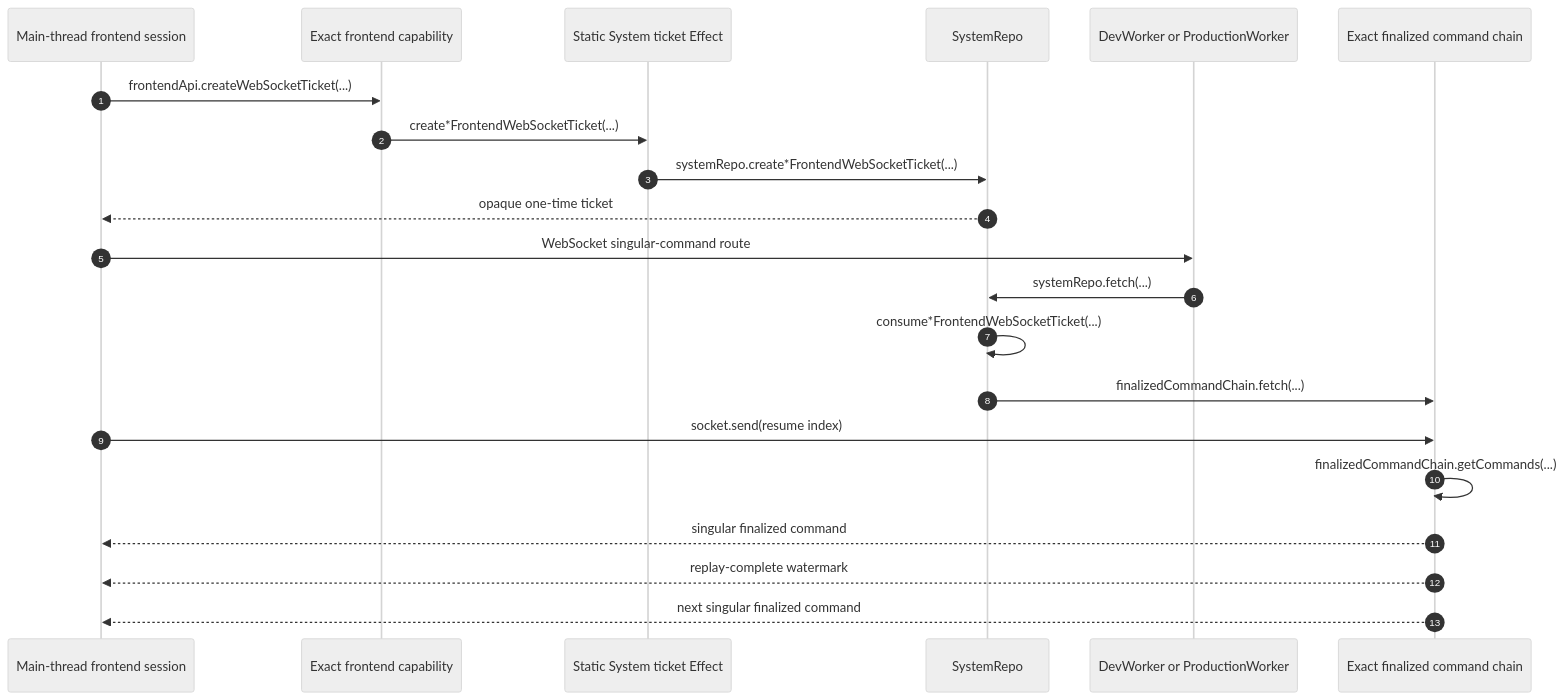
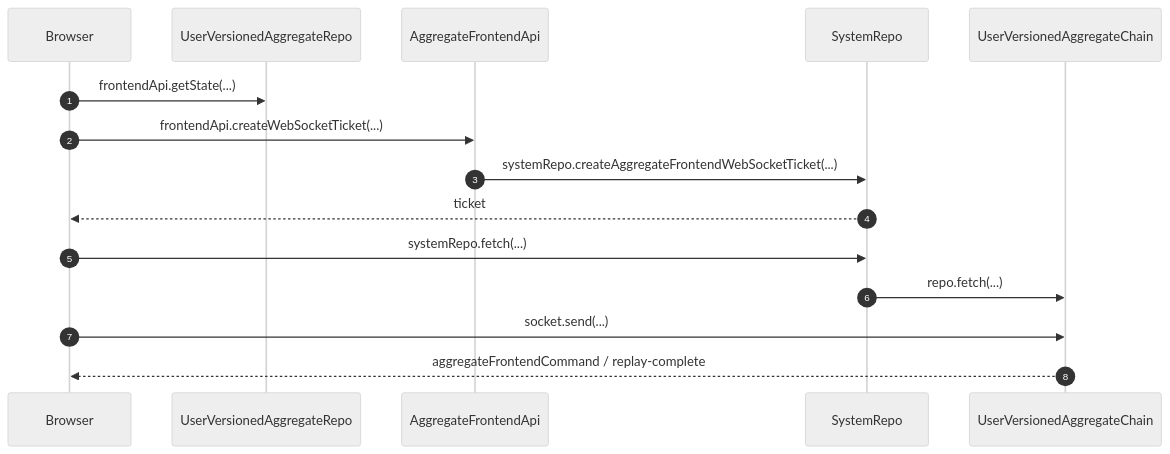
Before and after one commit to morgs32/qrk.sh: the diagram in wiki/architecture/browser/FrontendWebSocket.md, drawn with Mermaid (neutral theme). The commit also changed other lines of this file and 1046 other files, not shown here.

````diff
--- a/wiki/architecture/browser/FrontendWebSocket.md
+++ b/wiki/architecture/browser/FrontendWebSocket.md
@@ -28,36 +15,24 @@
 ```mermaid
 sequenceDiagram
-  participant Session as Main-thread frontend session
-  participant FrontendApi as Exact frontend capability
-  participant Ticket as Static System ticket Effect
+  participant Browser
+  participant UserVersionedAggregateRepo
+  participant AggregateFrontendApi
   participant SystemRepo
-  participant Worker as DevWorker or ProductionWorker
-  participant Finalized as Exact finalized command chain
-
+  participant UserVersionedAggregateChain
   autonumber 1
-  Session->>FrontendApi: frontendApi.createWebSocketTicket(...)
+  Browser->>UserVersionedAggregateRepo: frontendApi.getState(...)
   autonumber 2
-  FrontendApi->>Ticket: create*FrontendWebSocketTicket(...)
+  Browser->>AggregateFrontendApi: frontendApi.createWebSocketTicket(...)
   autonumber 3
-  Ticket->>SystemRepo: systemRepo.create*FrontendWebSocketTicket(...)
+  AggregateFrontendApi->>SystemRepo: systemRepo.createAggregateFrontendWebSocketTicket(...)
   autonumber 4
-  SystemRepo-->>Session: opaque one-time ticket
+  SystemRepo-->>Browser: ticket
   autonumber 5
-  Session->>Worker: WebSocket singular-command route
+  Browser->>SystemRepo: systemRepo.fetch(...)
   autonumber 6
-  Worker->>SystemRepo: systemRepo.fetch(...)
+  SystemRepo->>UserVersionedAggregateChain: repo.fetch(...)
   autonumber 7
-  SystemRepo->>SystemRepo: consume*FrontendWebSocketTicket(...)
+  Browser->>UserVersionedAggregateChain: socket.send(...)
   autonumber 8
-  SystemRepo->>Finalized: finalizedCommandChain.fetch(...)
-  autonumber 9
-  Session->>Finalized: socket.send(resume index)
-  autonumber 10
-  Finalized->>Finalized: finalizedCommandChain.getCommands(...)
-  autonumber 11
-  Finalized-->>Session: singular finalized command
-  autonumber 12
-  Finalized-->>Session: replay-complete watermark
-  autonumber 13
-  Finalized-->>Session: next singular finalized command
+  UserVersionedAggregateChain-->>Browser: aggregateFrontendCommand / replay-complete
 ```
````
